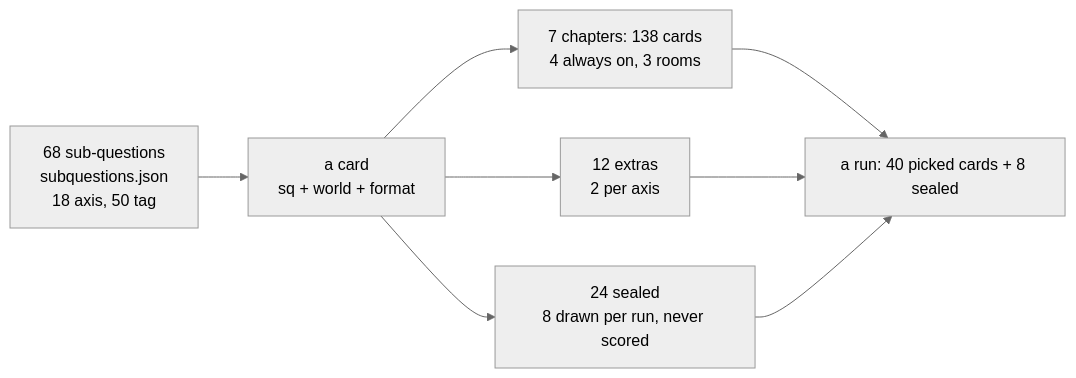
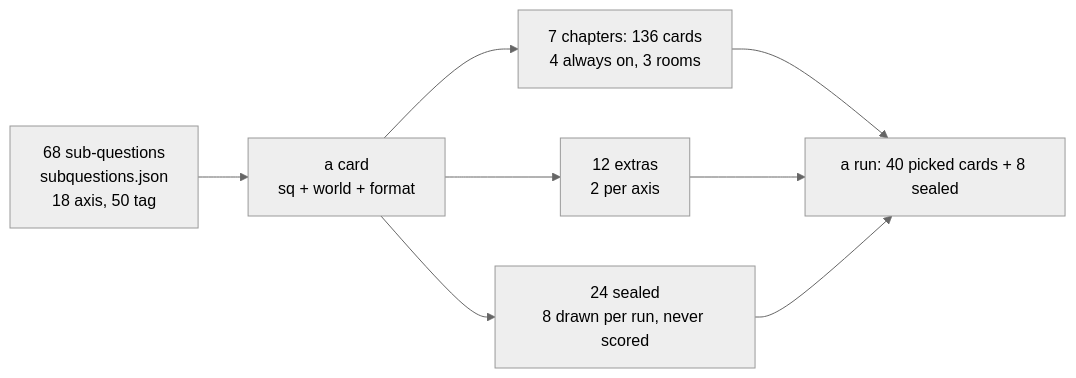
One commit to Augustexe/mirrormii-survey changed the diagram in docs/question-pack/QUESTION-PACK.md. Above: the diagram before and after it, drawn with Mermaid (neutral theme). The commit also changed other lines of this file and 39 other files, not shown here.

````diff
--- a/docs/question-pack/QUESTION-PACK.md
+++ b/docs/question-pack/QUESTION-PACK.md
@@ -18,10 +18,10 @@
 ```mermaid
 flowchart LR
   SQ["68 sub-questions<br/>subquestions.json<br/>18 axis, 50 tag"] --> CARD["a card<br/>sq + world + format"]
-  CARD --> CH["7 chapters: 138 cards<br/>4 always on, 3 rooms"]
+  CARD --> CH["7 chapters: 136 cards<br/>4 always on, 3 rooms"]
   CARD --> EX["12 extras<br/>2 per axis"]
   CARD --> SE["24 sealed<br/>8 drawn per run, never scored"]
   CH --> RUN["a run: 40 picked cards + 8 sealed"]
   EX --> RUN
   SE --> RUN
 ```
````
